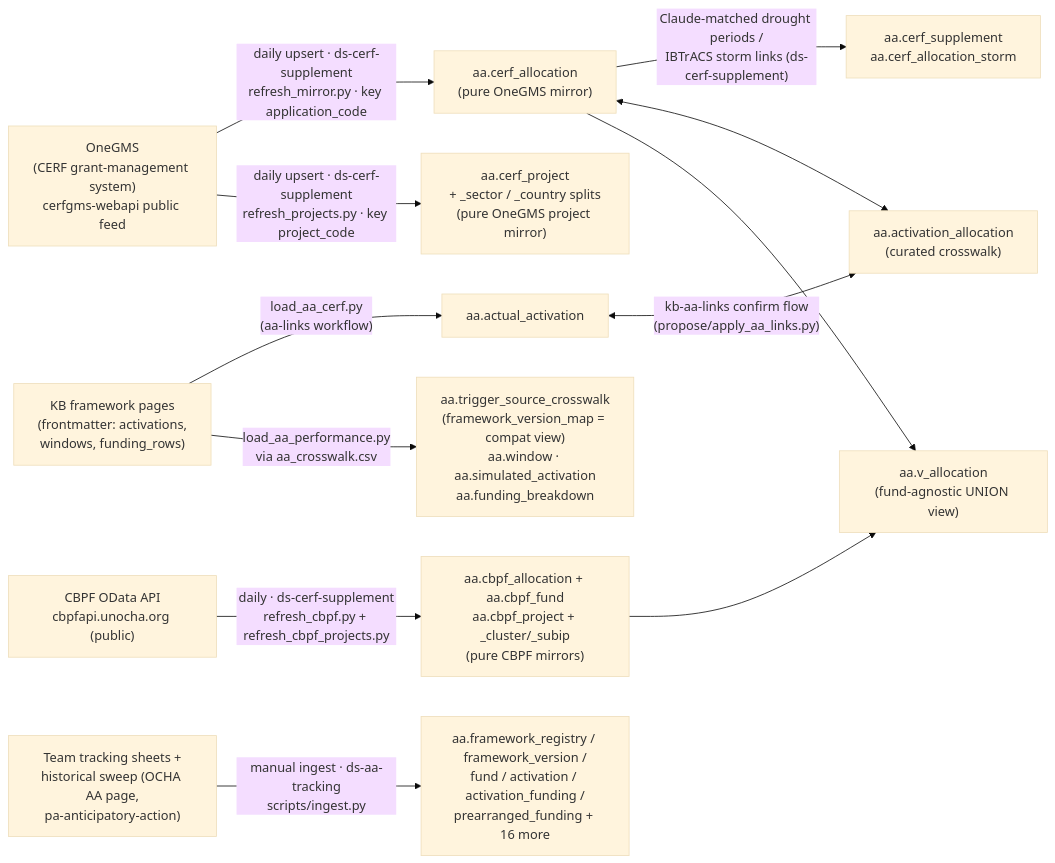
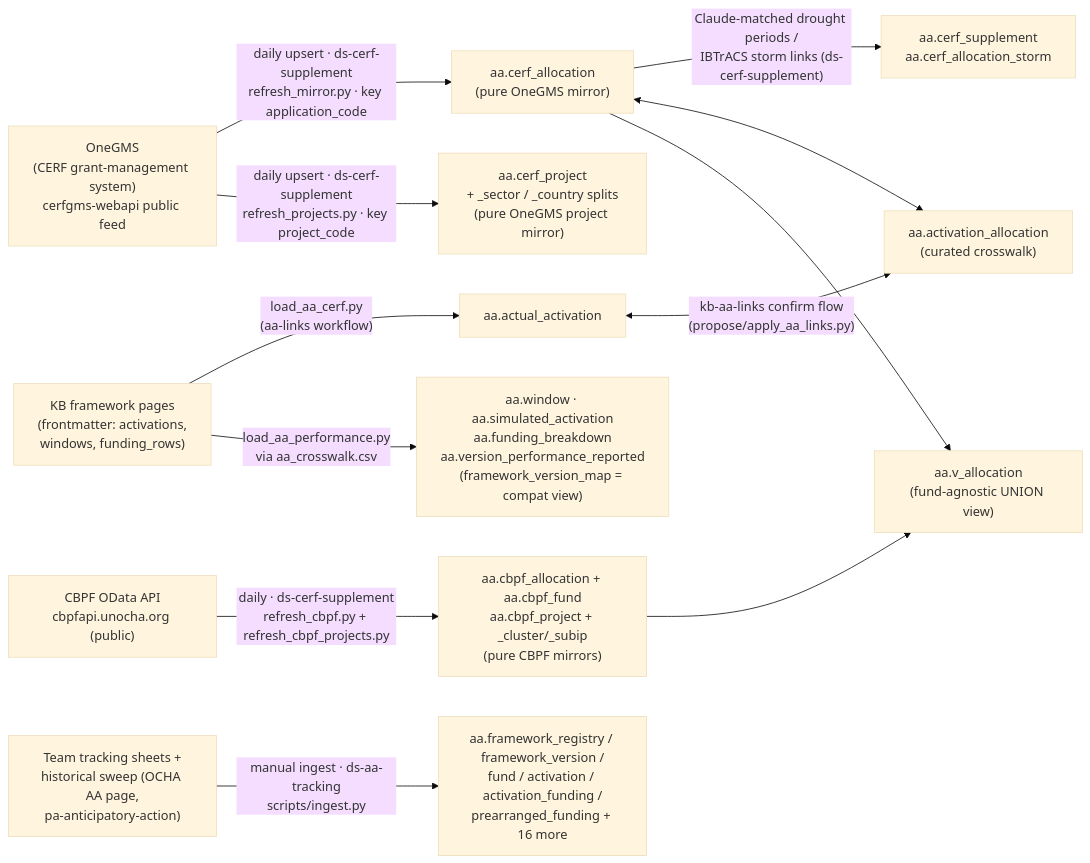
Before and after one commit to OCHA-DAP/ds-knowledge-base: the first of 3 diagrams in infrastructure/db-erd.md, drawn with Mermaid (base theme). The commit also changed other lines of this file and 3 other files, not shown here.

````diff
--- a/infrastructure/db-erd.md
+++ b/infrastructure/db-erd.md
@@ -35,18 +35,18 @@
 ```mermaid
 flowchart LR
     onegms["OneGMS<br/>(CERF grant-management system)<br/>cerfgms-webapi public feed"]
     kb["KB framework pages<br/>(frontmatter: activations,<br/>windows, funding_rows)"]
     onegms -->|"daily upsert · ds-cerf-supplement<br/>refresh_mirror.py · key application_code"| mirror["aa.cerf_allocation<br/>(pure OneGMS mirror)"]
     onegms -->|"daily upsert · ds-cerf-supplement<br/>refresh_projects.py · key project_code"| projmirror["aa.cerf_project<br/>+ _sector / _country splits<br/>(pure OneGMS project mirror)"]
     mirror -->|"Claude-matched drought periods /<br/>IBTrACS storm links (ds-cerf-supplement)"| supp["aa.cerf_supplement<br/>aa.cerf_allocation_storm"]
     kb -->|"load_aa_cerf.py<br/>(aa-links workflow)"| act["aa.actual_activation"]
-    kb -->|"load_aa_performance.py<br/>via aa_crosswalk.csv"| perf["aa.trigger_source_crosswalk<br/>(framework_version_map = compat view)<br/>aa.window · aa.simulated_activation<br/>aa.funding_breakdown"]
+    kb -->|"load_aa_performance.py<br/>via aa_crosswalk.csv"| perf["aa.window · aa.simulated_activation<br/>aa.funding_breakdown<br/>aa.version_performance_reported<br/>(framework_version_map = compat view)"]
     act <-->|"kb-aa-links confirm flow<br/>(propose/apply_aa_links.py)"| xwalk["aa.activation_allocation<br/>(curated crosswalk)"]
     mirror <--> xwalk
     cbpfapi["CBPF OData API<br/>cbpfapi.unocha.org (public)"]
     cbpfapi -->|"daily · ds-cerf-supplement<br/>refresh_cbpf.py + refresh_cbpf_projects.py"| cbpf["aa.cbpf_allocation + aa.cbpf_fund<br/>aa.cbpf_project + _cluster/_subip<br/>(pure CBPF mirrors)"]
     mirror --> valloc["aa.v_allocation<br/>(fund-agnostic UNION view)"]
     cbpf --> valloc
     sheets["Team tracking sheets +<br/>historical sweep (OCHA AA page,<br/>pa-anticipatory-action)"]
     sheets -->|"manual ingest · ds-aa-tracking<br/>scripts/ingest.py"| trk["aa.framework_registry / framework_version /<br/>fund / activation / activation_funding /<br/>prearranged_funding + 16 more"]
 ```
````
